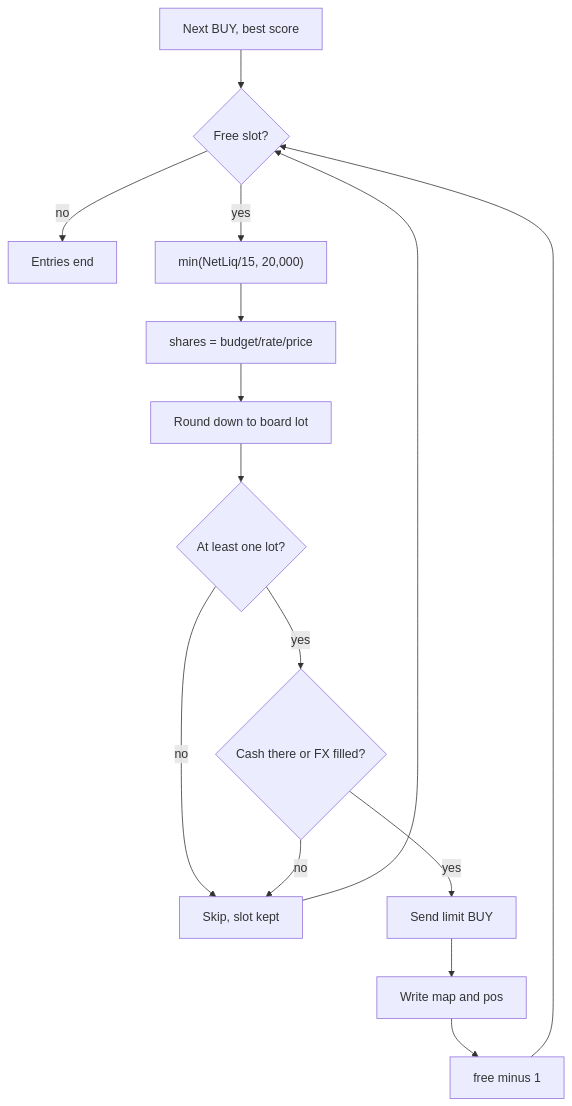
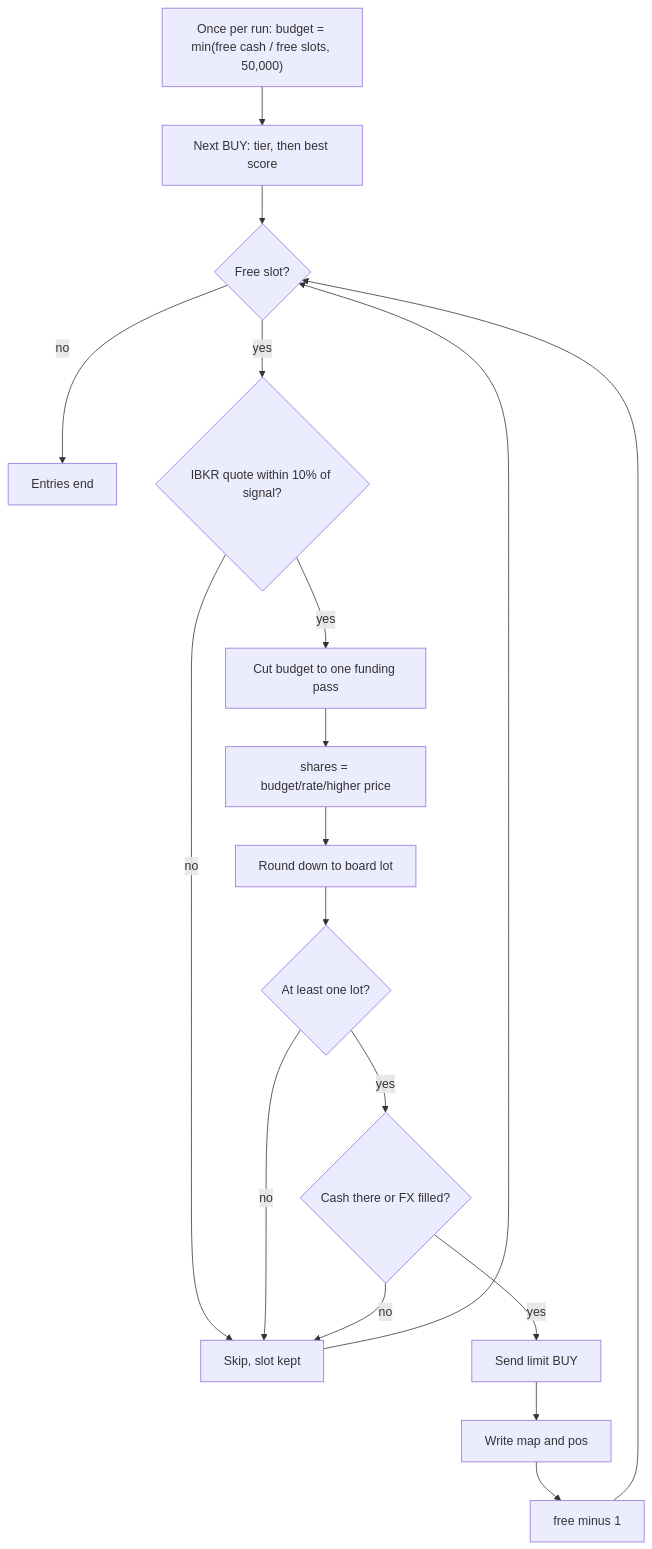
The fourth of 20 diagrams in WIKI.md (btctree/multi-product-signals), drawn with Mermaid before and after one commit. The commit also changed other lines of this file and 2 other files, not shown here.

````diff
--- a/WIKI.md
+++ b/WIKI.md
@@ -716,17 +742,20 @@
 ```mermaid
 flowchart TD
-  A[Next BUY, best score] --> B{Free slot?}
+  P["Once per run: budget = min(free cash / free slots, 50,000)"] --> A
+  A[Next BUY: tier, then best score] --> B{Free slot?}
   B -- no --> Z[Entries end]
-  B -- yes --> C["min(NetLiq/15, 20,000)"]
-  C --> D["shares = budget/rate/price"]
+  B -- yes --> Q{IBKR quote within 10% of signal?}
+  Q -- no --> S[Skip, slot kept]
+  Q -- yes --> K["Cut budget to one funding pass"]
+  K --> D["shares = budget/rate/higher price"]
   D --> E[Round down to board lot]
   E --> F{At least one lot?}
-  F -- no --> S[Skip, slot kept]
+  F -- no --> S
   F -- yes --> G{Cash there or FX filled?}
   G -- no --> S
   G -- yes --> H[Send limit BUY]
   H --> I[Write map and pos]
   I --> J[free minus 1]
   J --> B
   S --> B
 ```
````
